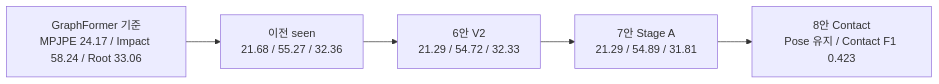
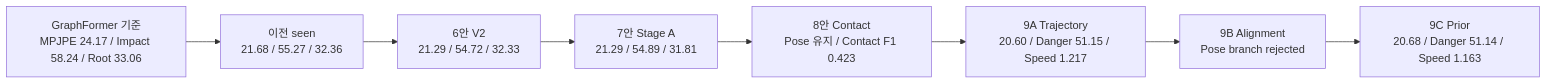
Before and after one commit to jjyoon012-git/NotiFi: the third of 6 diagrams in CSI-to-Pose/README.md, drawn with Mermaid. The commit also changed other lines of this file and 13 other files, not shown here.

````diff
--- a/CSI-to-Pose/README.md
+++ b/CSI-to-Pose/README.md
@@ -136,9 +160,12 @@
 ```mermaid
 flowchart LR
     A["GraphFormer 기준<br/>MPJPE 24.17 / Impact 58.24 / Root 33.06"]
     B["이전 seen<br/>21.68 / 55.27 / 32.36"]
     C["6안 V2<br/>21.29 / 54.72 / 32.33"]
     D["7안 Stage A<br/>21.29 / 54.89 / 31.81"]
     E["8안 Contact<br/>Pose 유지 / Contact F1 0.423"]
-    A --> B --> C --> D --> E
+    F["9A Trajectory<br/>20.60 / Danger 51.15 / Speed 1.217"]
+    G["9B Alignment<br/>Pose branch rejected"]
+    H["9C Prior<br/>20.68 / Danger 51.14 / Speed 1.163"]
+    A --> B --> C --> D --> E --> F --> G --> H
 ```
````
